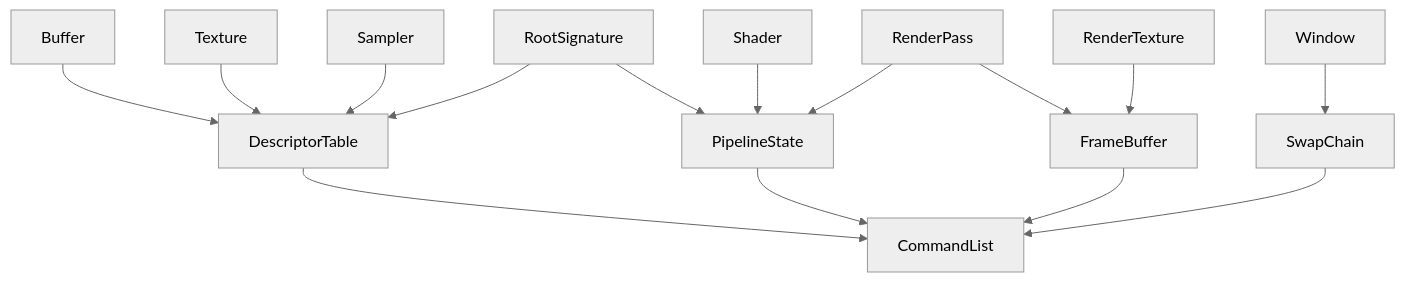
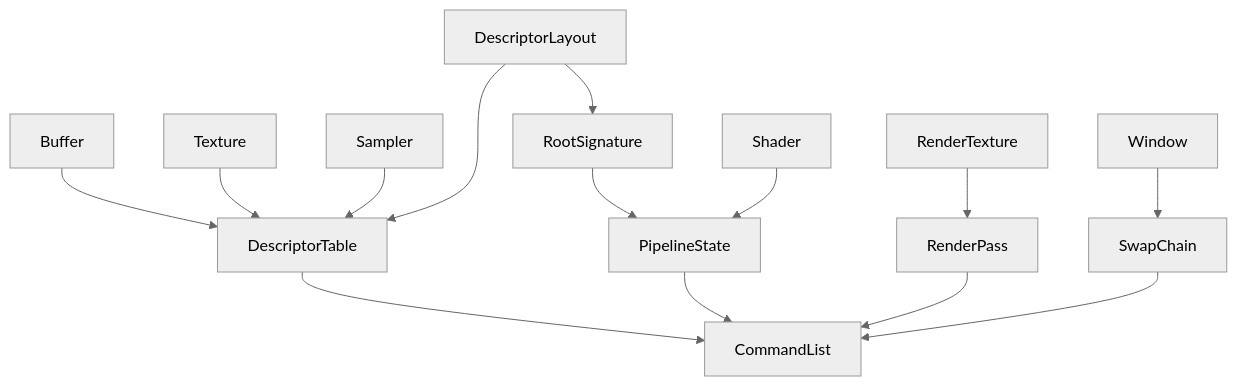
One commit to Gajumaru314159/OctbitEngine changed the first of 2 diagrams in Source/Framework/RHI/Misc/RHI.md. Above: the diagram before and after it, drawn with Mermaid (neutral theme). The commit also changed other lines of this file and 33 other files, not shown here.

````diff
--- a/Source/Framework/RHI/Misc/RHI.md
+++ b/Source/Framework/RHI/Misc/RHI.md
@@ -11,10 +11,11 @@
 ```mermaid
 graph TD
 
-    Buffer & Texture & Sampler & RootSignature --> DescriptorTable
-    RootSignature & Shader & RenderPass --> PipelineState
-    RenderTexture & RenderPass --> FrameBuffer
+    Buffer & Texture & Sampler & DescriptorLayout --> DescriptorTable
+    DescriptorLayout --> RootSignature
+    RootSignature & Shader --> PipelineState
+    RenderTexture --> RenderPass
     Window --> SwapChain
 
-    DescriptorTable & PipelineState & FrameBuffer & SwapChain --> CommandList
+    DescriptorTable & PipelineState & RenderPass & SwapChain --> CommandList
 ```
````
